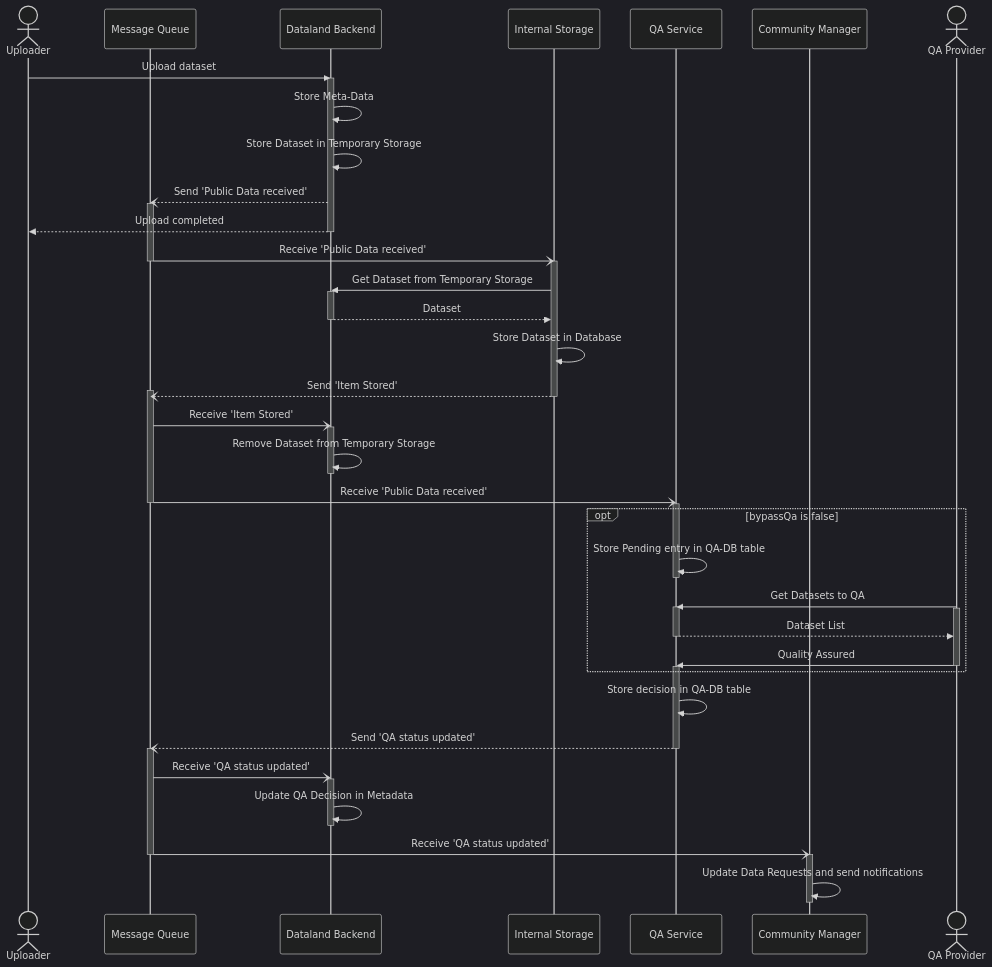
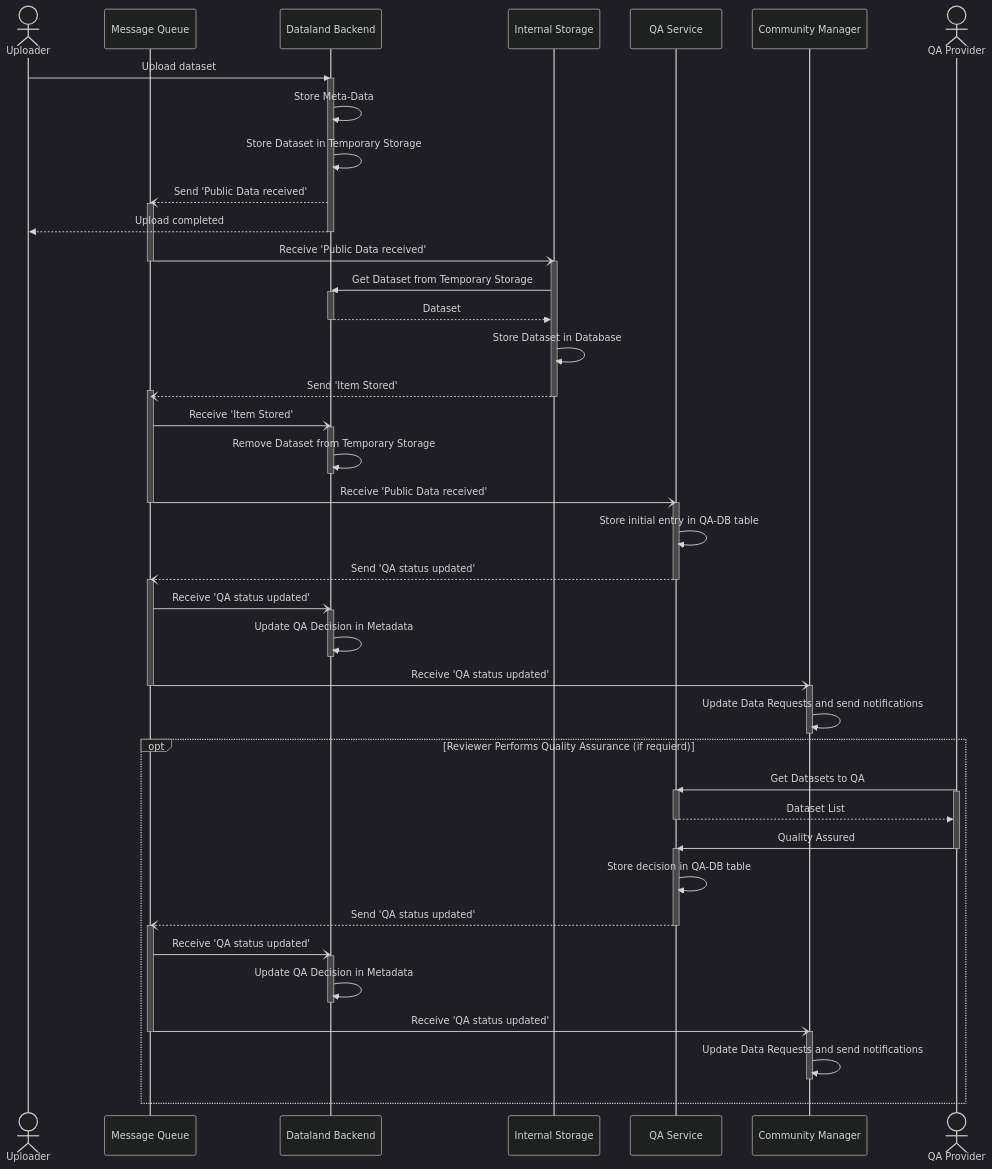
One commit to d-fine/Dataland changed the diagram in documentation/processes/data_upload_and_qa_process.md. Above: the diagram before and after it, drawn with Mermaid (dark theme). The commit also changed 1 other file, not shown here.

Commit message:
Minor changes to process diagrams

````diff
--- a/documentation/processes/data_upload_and_qa_process.md
+++ b/documentation/processes/data_upload_and_qa_process.md
@@ -11,68 +11,82 @@
 ```mermaid
 sequenceDiagram
     actor Uploader
     participant mq as Message Queue
     participant backend as Dataland Backend
     participant storage as Internal Storage
     participant qaService as QA Service
     participant community as Community Manager
     actor qaler as QA Provider
     Uploader ->> backend: Upload dataset
     activate backend
     backend ->> backend: Store Meta-Data
     backend ->> backend: Store Dataset in Temporary Storage
     backend --) mq: Send 'Public Data received'
     activate mq
     backend -->> Uploader: Upload completed
     deactivate backend
     mq -) storage: Receive 'Public Data received'
     deactivate mq
     activate storage
     storage ->> backend: Get Dataset from Temporary Storage
     activate backend
     backend -->> storage: Dataset
     deactivate backend
     storage ->> storage: Store Dataset in Database
     storage --) mq: Send 'Item Stored'
     activate mq
     deactivate storage
 
     mq -) backend: Receive 'Item Stored'
     activate backend
     backend ->> backend: Remove Dataset from Temporary Storage
     deactivate backend
     mq -) qaService: Receive 'Public Data received'
     deactivate mq
     activate qaService
-   
-    opt bypassQa is false
-        qaService ->> qaService: Store Pending entry in QA-DB table
-        deactivate qaService
 
-        qaler ->> qaService: Get Datasets to QA
-        activate qaService
-        activate qaler
-        qaService -->> qaler: Dataset List
-        deactivate qaService
-        qaler ->> qaService: Quality Assured
-        deactivate qaler
-        activate qaService
-    end
-    
-    qaService ->> qaService: Store decision in QA-DB table
-
+    qaService ->> qaService: Store initial entry in QA-DB table
     qaService --) mq: Send 'QA status updated'
     deactivate qaService
 
     activate mq
     mq -) backend: Receive 'QA status updated'
     activate backend
     backend ->> backend: Update QA Decision in Metadata
     deactivate backend
 
     mq -) community: Receive 'QA status updated'
     deactivate mq
     activate community
     community ->> community: Update Data Requests and send notifications
     deactivate community
+   
+    opt Reviewer Performs Quality Assurance (if requierd)
+
+
+        qaler ->> qaService: Get Datasets to QA
+        activate qaService
+        activate qaler
+        qaService -->> qaler: Dataset List
+        deactivate qaService
+        qaler ->> qaService: Quality Assured
+        deactivate qaler
+        activate qaService
+        qaService ->> qaService: Store decision in QA-DB table
+
+        qaService --) mq: Send 'QA status updated'
+        deactivate qaService
+
+        activate mq
+        mq -) backend: Receive 'QA status updated'
+        activate backend
+        backend ->> backend: Update QA Decision in Metadata
+        deactivate backend
+
+        mq -) community: Receive 'QA status updated'
+        deactivate mq
+        activate community
+        community ->> community: Update Data Requests and send notifications
+        deactivate community
+    end
 ```
````
